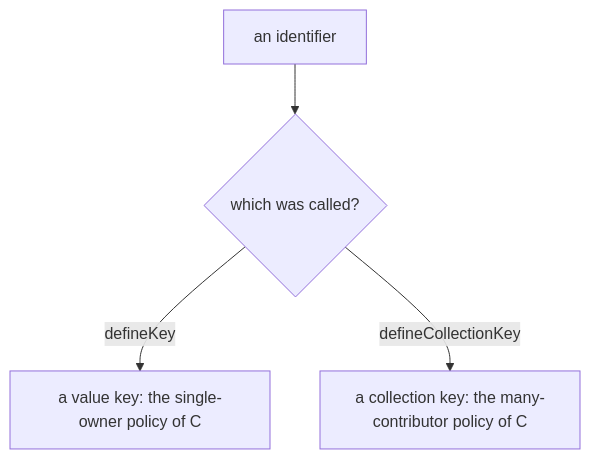
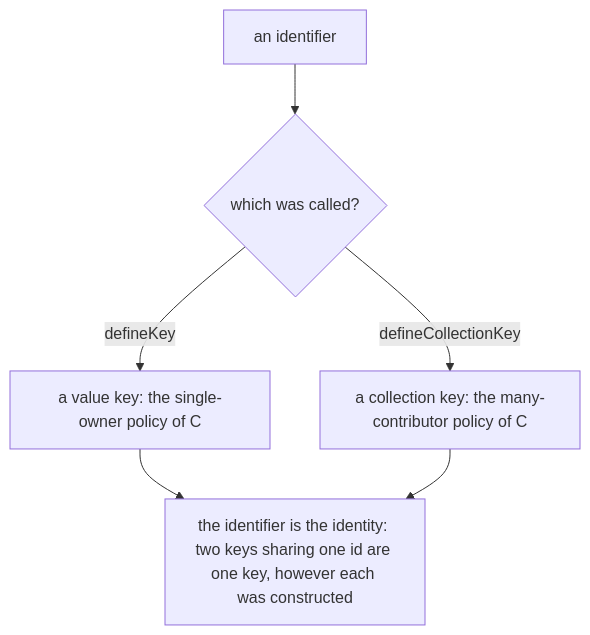
Before and after one commit to clibuilder/clibuilder: the fourth of 4 diagrams in packages/clibuilder/.agents/spec/plugins/README.md, drawn with Mermaid. The commit also changed other lines of this file and 1 other file, not shown here.

Commit message:
docs(clibuilder): make a plugin's returned commands exact, and pin key identity
plugins failed the builder lens on two grounds.

"the commands a plugin adds are returned to the host" asserted the
commands are among those returned. A subject returning the right commands
plus duplicates, or plus commands leaked from another plugin, satisfied
that — and every UC1 scenario uses distinct plugins with non-overlapping
single commands, so nothing exercised exclusivity. Now asserts the
returned set is exactly what the plugin added.

UC4's prose calls out that two keys sharing an id are the same key, which
is the mechanism letting a plugin reach a contract it did not declare —
the whole point of the "another plugin" actor. It had no CFG edge and no
scenario. registry.ts keys every map off key.id, so a defineKey minting a
fresh identity per call would break cross-plugin sharing while passing
both existing UC4 scenarios. Drawn and covered.

27 -> 28 scenarios.

Claude-Session: https://claude.ai/code/session_01ApaSQYq4gvpQgibMuwq5nu

````diff
--- a/packages/clibuilder/.agents/spec/plugins/README.md
+++ b/packages/clibuilder/.agents/spec/plugins/README.md
@@ -222,6 +223,8 @@
 ```mermaid
 graph TD
   DEF[an identifier] --> WK{which was called?}
   WK -- defineKey --> VK["a value key: the single-owner policy of C"]
   WK -- defineCollectionKey --> CK["a collection key: the many-contributor policy of C"]
+  VK --> ID[the identifier is the identity: two keys sharing one id are one key, however each was constructed]
+  CK --> ID
 ```
````
